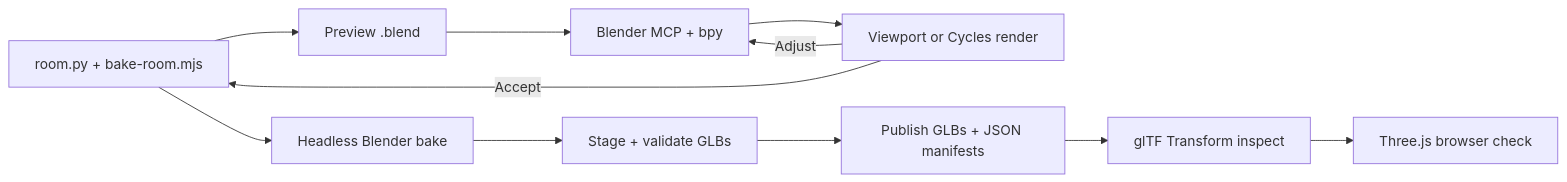
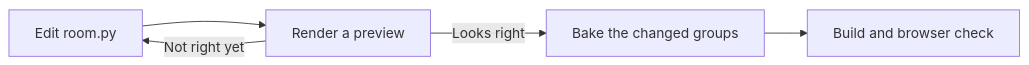
One commit to enitrat/blog changed the diagram in docs/room-workflow.md. Above: the diagram before and after it, drawn with Mermaid. The commit also changed other lines of this file and 16 other files, not shown here.

````diff
--- a/docs/room-workflow.md
+++ b/docs/room-workflow.md
@@ -7,13 +11,7 @@
 ```mermaid
 flowchart LR
-	S["room.py + bake-room.mjs"] --> P["Preview .blend"]
-	P --> M["Blender MCP + bpy"]
-	M --> J["Viewport or Cycles render"]
-	J -->|Adjust| M
-	J -->|Accept| S
-	S --> B["Headless Blender bake"]
-	B --> V["Stage + validate GLBs"]
-	V --> A["Publish GLBs + JSON manifests"]
-	A --> I["glTF Transform inspect"]
-	I --> T["Three.js browser check"]
+	E["Edit room.py"] --> P["Render a preview"]
+	P -->|Not right yet| E
+	P -->|Looks right| B["Bake the changed groups"]
+	B --> C["Build and browser check"]
 ```
````
